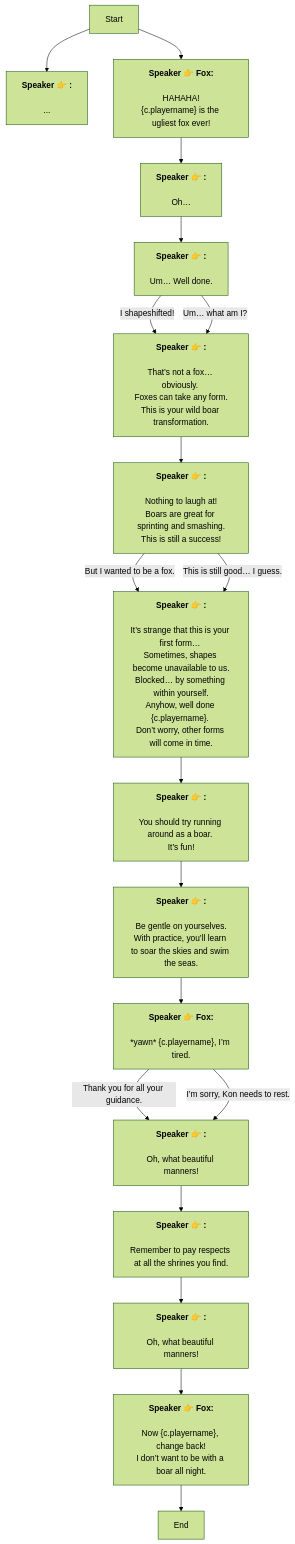
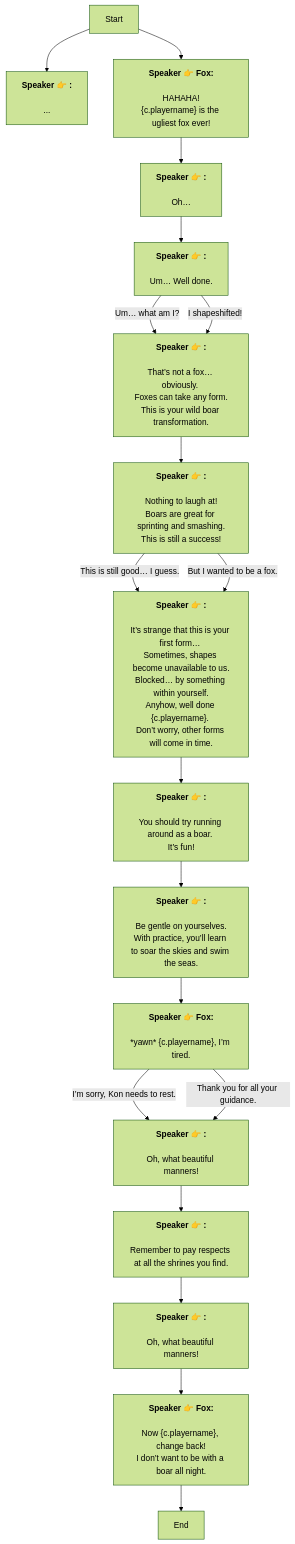
One commit to SoftHu/tos_avg changed the diagram in En/Shrine.md. Above: the diagram before and after it, drawn with Mermaid (forest theme). The commit also changed other lines of this file and 780 other files, not shown here.

````diff
--- a/En/Shrine.md
+++ b/En/Shrine.md
@@ -1,54 +1,54 @@
 ```mermaid
 graph
 Start -->1741544066898150[<b>Speaker 👉 :</b>
 \n...]
 Start -->1775373574762323[<b>Speaker 👉 Fox:</b>
 \nHAHAHA!
 &lbrace;c.playername&rbrace; is the ugliest fox ever!]
 1775373574762323 -->1775373604754262[<b>Speaker 👉 :</b>
 \nOh…]
 1775373604754262 -->1775373616023385[<b>Speaker 👉 :</b>
 \nUm… Well done.]
-1775373616023385 -->|I shapeshifted!|1775373650165603[<b>Speaker 👉 :</b>
+1775373616023385 -->|Um… what am I?|1775373650165603[<b>Speaker 👉 :</b>
 \nThat’s not a fox… obviously. 
 Foxes can take any form.
 This is your wild boar transformation.]
-1775373616023385 -->|Um… what am I?|1775373650165603[<b>Speaker 👉 :</b>
+1775373616023385 -->|I shapeshifted!|1775373650165603[<b>Speaker 👉 :</b>
 \nThat’s not a fox… obviously. 
 Foxes can take any form.
 This is your wild boar transformation.]
 1775373650165603 -->1775373675159398[<b>Speaker 👉 :</b>
 \nNothing to laugh at!
 Boars are great for sprinting and smashing.\nThis is still a success!]
-1775373675159398 -->|But I wanted to be a fox.|1775373708856177[<b>Speaker 👉 :</b>
+1775373675159398 -->|This is still good… I guess.|1775373708856177[<b>Speaker 👉 :</b>
 \nIt’s strange that this is your first form… 
 Sometimes, shapes become unavailable to us.
 Blocked… by something within yourself.\nAnyhow, well done &lbrace;c.playername&rbrace;. 
 Don’t worry, other forms will come in time.]
-1775373675159398 -->|This is still good… I guess.|1775373708856177[<b>Speaker 👉 :</b>
+1775373675159398 -->|But I wanted to be a fox.|1775373708856177[<b>Speaker 👉 :</b>
 \nIt’s strange that this is your first form… 
 Sometimes, shapes become unavailable to us.
 Blocked… by something within yourself.\nAnyhow, well done &lbrace;c.playername&rbrace;. 
 Don’t worry, other forms will come in time.]
 1775373708856177 -->1775373940729717[<b>Speaker 👉 :</b>
 \nYou should try running around as a boar. 
 It’s fun!]
 1775373940729717 -->1775373958826873[<b>Speaker 👉 :</b>
 \nBe gentle on yourselves.
 With practice, you’ll learn to soar the skies and swim the seas.]
 1775373958826873 -->1775373976978300[<b>Speaker 👉 Fox:</b>
 \n*yawn* &lbrace;c.playername&rbrace;, I’m tired.]
+1775373976978300 -->|I’m sorry, Kon needs to rest.|1775374013533062[<b>Speaker 👉 :</b>
+\nOh, what beautiful manners!]
 1775373976978300 -->|Thank you for all your guidance.|1775374013533062[<b>Speaker 👉 :</b>
-\nOh, what beautiful manners!]
-1775373976978300 -->|I’m sorry, Kon needs to rest.|1775374013533062[<b>Speaker 👉 :</b>
 \nOh, what beautiful manners!]
 1775374013533062 -->1775374025819017[<b>Speaker 👉 :</b>
 \nRemember to pay respects at all the shrines you find.]
 1775374025819017 -->1775374034288524[<b>Speaker 👉 :</b>
 \nOh, what beautiful manners!]
 1775374034288524 -->1775374103412623[<b>Speaker 👉 Fox:</b>
 \nNow &lbrace;c.playername&rbrace;, change back!
 I don’t want to be with a boar all night.]
 1775374103412623 -->1775374127431570[End]
 
 ```
````
